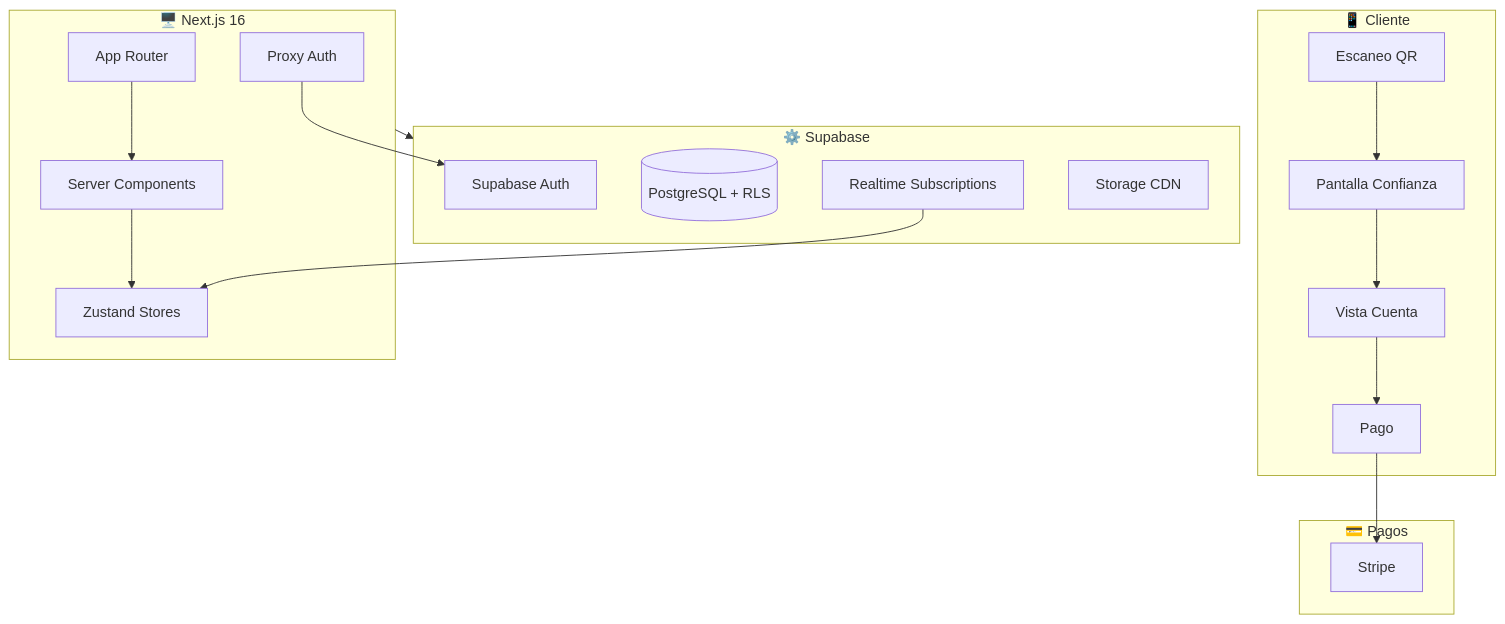
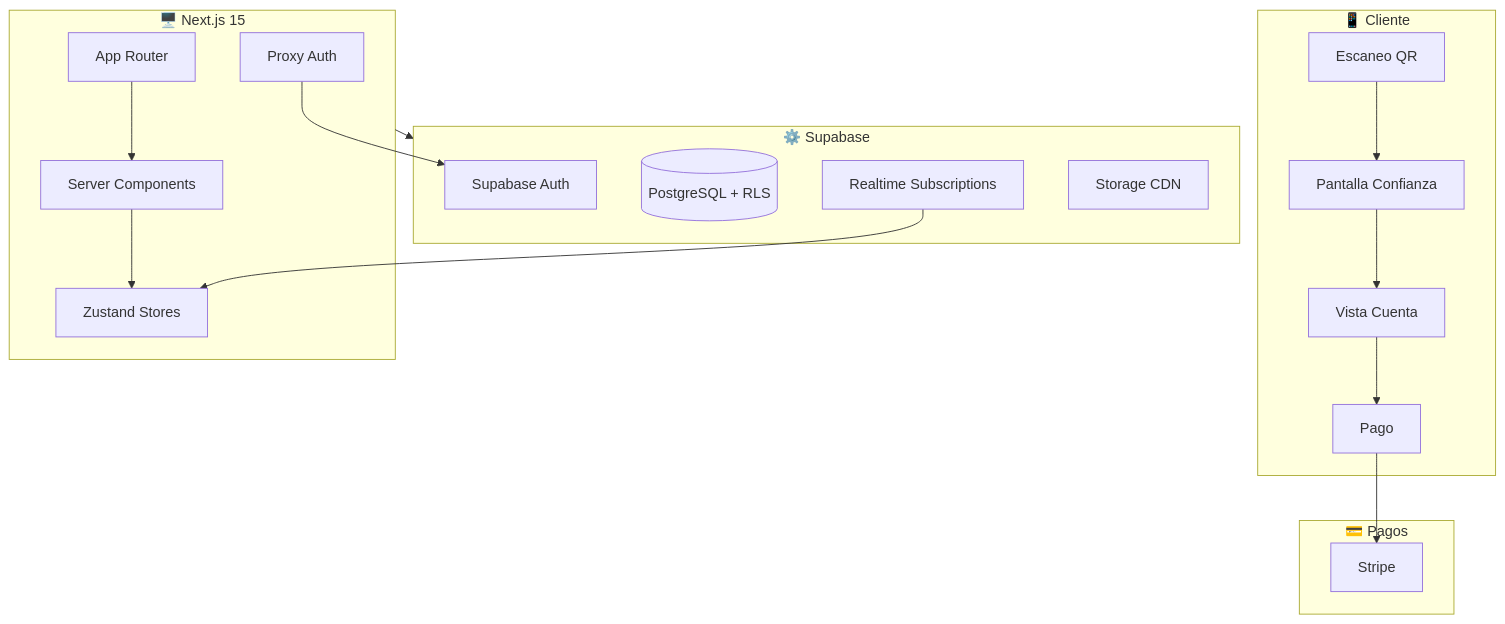
The diagram in README.md (lostal/tally), drawn with Mermaid before and after one commit. The commit also changed other lines of this file and 5 other files, not shown here.

````diff
--- a/README.md
+++ b/README.md
@@ -52,37 +52,37 @@
 ```mermaid
 flowchart TB
     subgraph Cliente["📱 Cliente"]
         QR[Escaneo QR]
         Trust[Pantalla Confianza]
         Bill[Vista Cuenta]
         Payment[Pago]
     end
 
-    subgraph Frontend["🖥️ Next.js 16"]
+    subgraph Frontend["🖥️ Next.js 15"]
         AppRouter[App Router]
         ServerComp[Server Components]
         Zustand[Zustand Stores]
         Proxy[Proxy Auth]
     end
 
     subgraph Backend["⚙️ Supabase"]
         Auth[Supabase Auth]
         DB[(PostgreSQL + RLS)]
         Realtime[Realtime Subscriptions]
         Storage[Storage CDN]
     end
 
     subgraph Pagos["💳 Pagos"]
         Stripe[Stripe]
     end
 
     QR --> Trust --> Bill --> Payment
 
     AppRouter --> ServerComp
     ServerComp --> Zustand
     Proxy --> Auth
 
     Frontend --> Backend
     Payment --> Stripe
     Realtime --> Zustand
 ```
````
